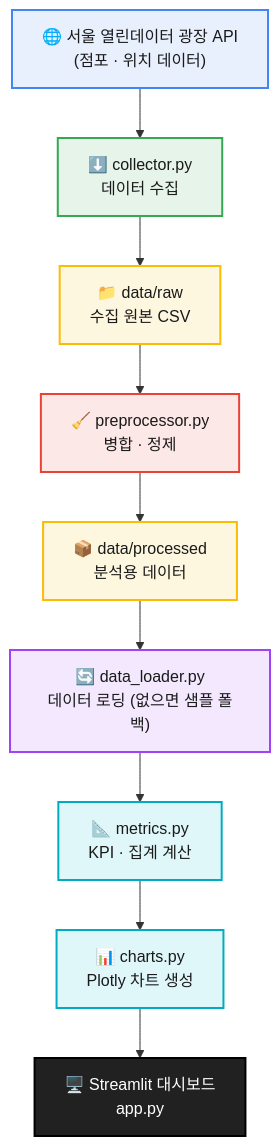
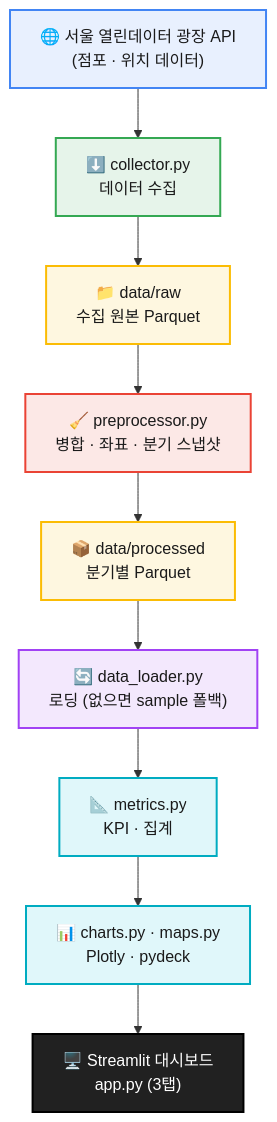
One commit to JamesRhee1/seoul-local-market-remake changed the diagram in README.md. Above: the diagram before and after it, drawn with Mermaid. The commit also changed other lines of this file and 1 other file, not shown here.

````diff
--- a/README.md
+++ b/README.md
@@ -241,22 +243,22 @@
 ```mermaid
 flowchart TD
     A["🌐 서울 열린데이터 광장 API<br/>(점포 · 위치 데이터)"]:::source
     B["⬇️ collector.py<br/>데이터 수집"]:::collect
-    C["📁 data/raw<br/>수집 원본 CSV"]:::store
-    D["🧹 preprocessor.py<br/>병합 · 정제"]:::process
-    E["📦 data/processed<br/>분석용 데이터"]:::store
-    F["🔄 data_loader.py<br/>데이터 로딩 (없으면 샘플 폴백)"]:::load
-    G["📐 metrics.py<br/>KPI · 집계 계산"]:::analyze
-    H["📊 charts.py<br/>Plotly 차트 생성"]:::analyze
-    I["🖥️ Streamlit 대시보드<br/>app.py"]:::dashboard
+    C["📁 data/raw<br/>수집 원본 Parquet"]:::store
+    D["🧹 preprocessor.py<br/>병합 · 좌표 · 분기 스냅샷"]:::process
+    E["📦 data/processed<br/>분기별 Parquet"]:::store
+    F["🔄 data_loader.py<br/>로딩 (없으면 sample 폴백)"]:::load
+    G["📐 metrics.py<br/>KPI · 집계"]:::analyze
+    H["📊 charts.py · maps.py<br/>Plotly · pydeck"]:::analyze
+    I["🖥️ Streamlit 대시보드<br/>app.py (3탭)"]:::dashboard
 
     A --> B --> C --> D --> E --> F --> G --> H --> I
 
     classDef source fill:#E8F0FE,stroke:#4285F4,stroke-width:2px,color:#1a1a1a;
     classDef collect fill:#E6F4EA,stroke:#34A853,stroke-width:2px,color:#1a1a1a;
     classDef store fill:#FEF7E0,stroke:#FBBC04,stroke-width:2px,color:#1a1a1a;
     classDef process fill:#FCE8E6,stroke:#EA4335,stroke-width:2px,color:#1a1a1a;
     classDef load fill:#F3E8FD,stroke:#A142F4,stroke-width:2px,color:#1a1a1a;
     classDef analyze fill:#E0F7FA,stroke:#00ACC1,stroke-width:2px,color:#1a1a1a;
     classDef dashboard fill:#212121,stroke:#000000,stroke-width:2px,color:#ffffff;
 ```
````
